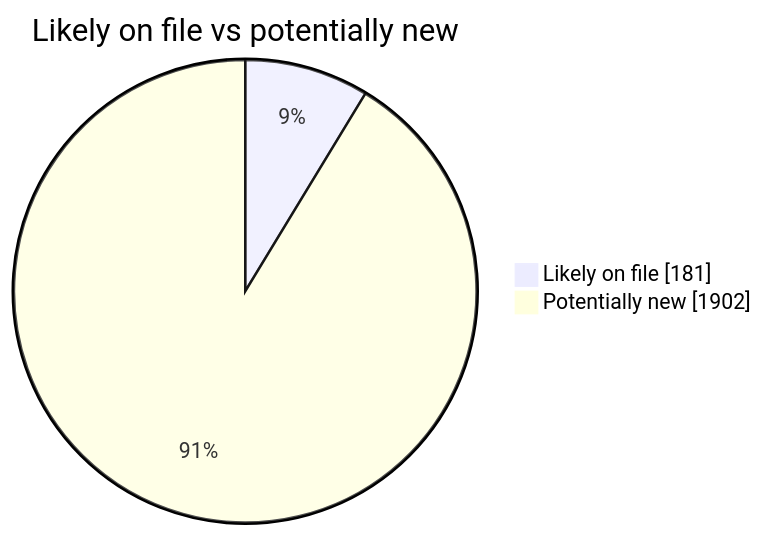
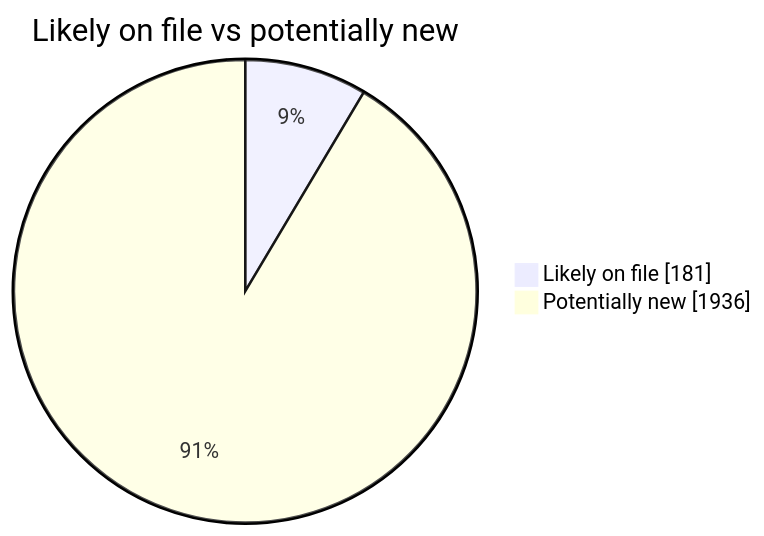
Before and after one commit to martinbalfanz/social-scanner-reports: the second of 4 diagrams in README.md, drawn with Mermaid. The commit also changed other lines of this file and 4 other files, not shown here.

````diff
--- a/README.md
+++ b/README.md
@@ -40,5 +40,5 @@
 ```mermaid
 pie showData title Likely on file vs potentially new
     "Likely on file" : 181
-    "Potentially new" : 1902
+    "Potentially new" : 1936
 ```
````
